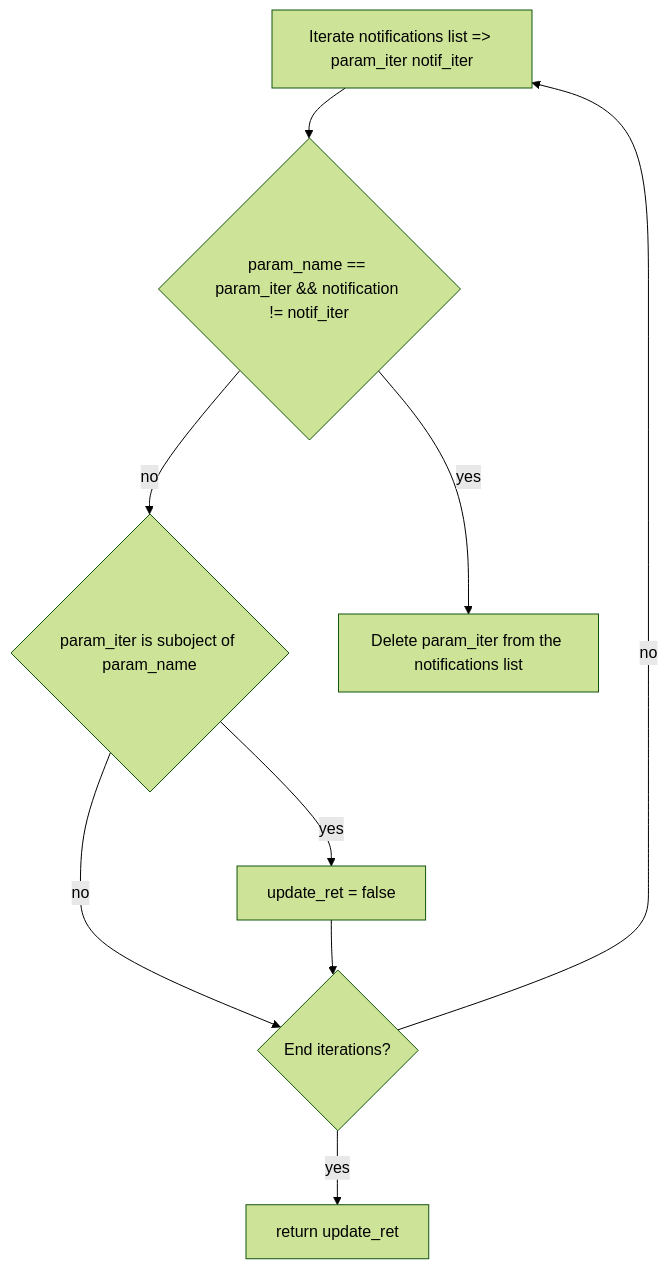
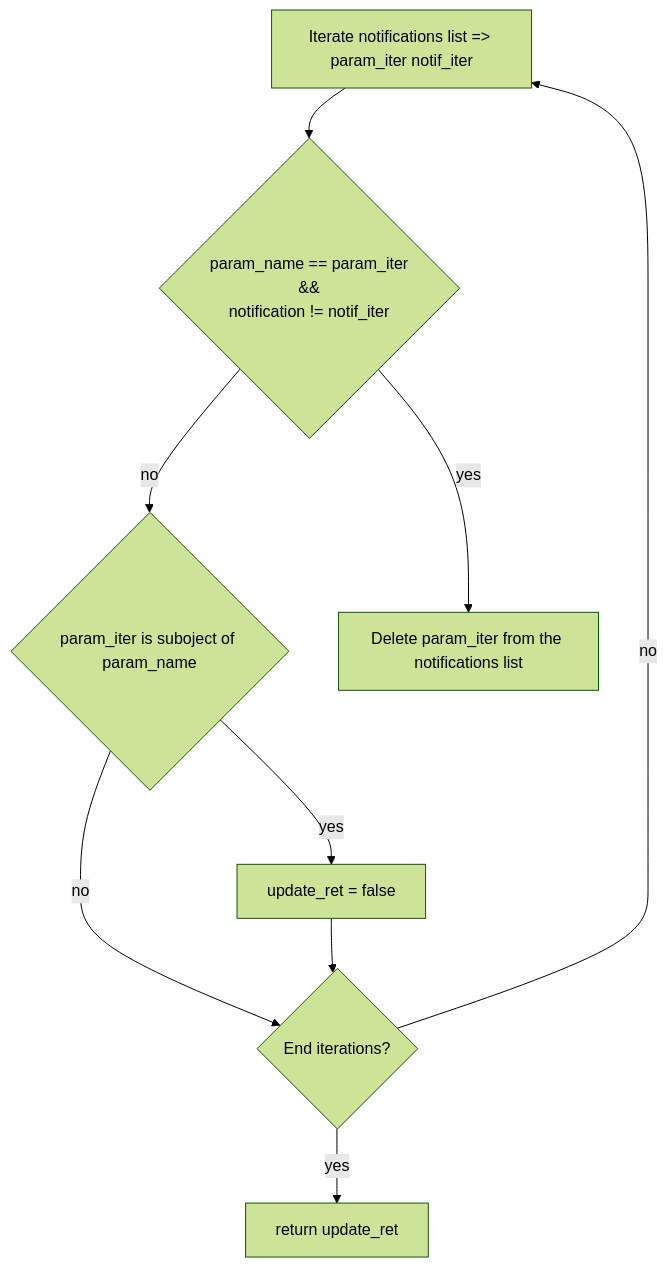
One commit to gebruno/icwmp changed the second of 5 diagrams in docs/design/notifications.md. Above: the diagram before and after it, drawn with Mermaid (forest theme). The commit also changed other lines of this file and 8 other files, not shown here.

````diff
--- a/docs/design/notifications.md
+++ b/docs/design/notifications.md
@@ -38,11 +38,11 @@
  ```mermaid
 flowchart TD
-    A[Iterate notifications list => param_iter notif_iter] --> B{param_name == param_iter && notification != notif_iter}
+    A[Iterate notifications list => param_iter notif_iter] --> B{param_name == param_iter <br> && <br> notification != notif_iter}
     B -- no --> C{param_iter is suboject of param_name}
     B -- yes --> D[Delete param_iter from the notifications list]
     C -- no --> E{End iterations?}
     C -- yes --> F[update_ret = false]
     F --> E
     E -- yes --> G[return  update_ret]
     E -- no --> A
 ```
````
